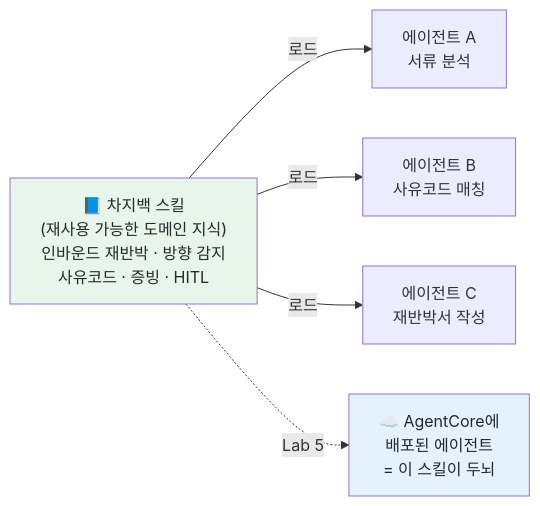
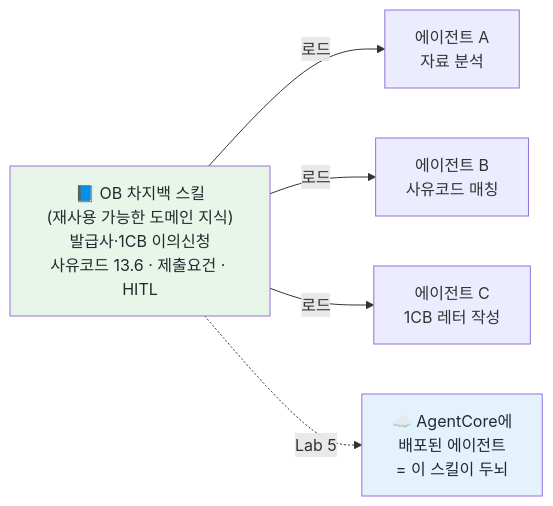
Before and after one commit to Atom-oh/claude-code-workshop: the first of 2 diagrams in workshop/labs/03-build-chargeback-skill.md, drawn with Mermaid. The commit also changed other lines of this file and 19 other files, not shown here.

````diff
--- a/workshop/labs/03-build-chargeback-skill.md
+++ b/workshop/labs/03-build-chargeback-skill.md
@@ -37,10 +39,10 @@
 ```mermaid
 graph LR
-    K["📘 차지백 스킬<br/>(재사용 가능한 도메인 지식)<br/>인바운드 재반박 · 방향 감지<br/>사유코드 · 증빙 · HITL"]
-    K -->|로드| A1["에이전트 A<br/>서류 분석"]
+    K["📘 OB 차지백 스킬<br/>(재사용 가능한 도메인 지식)<br/>발급사·1CB 이의신청<br/>사유코드 13.6 · 제출요건 · HITL"]
+    K -->|로드| A1["에이전트 A<br/>자료 분석"]
     K -->|로드| A2["에이전트 B<br/>사유코드 매칭"]
-    K -->|로드| A3["에이전트 C<br/>재반박서 작성"]
+    K -->|로드| A3["에이전트 C<br/>1CB 레터 작성"]
     K -.->|Lab 5| AC["☁️ AgentCore에<br/>배포된 에이전트<br/>= 이 스킬이 두뇌"]
     style K fill:#e8f5e9,color:#24292f
     style AC fill:#e3f2fd,color:#24292f
 ```
````
